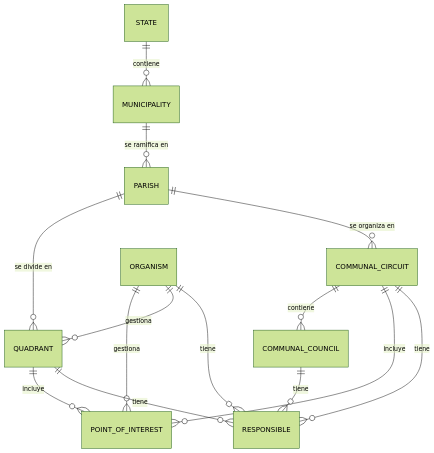
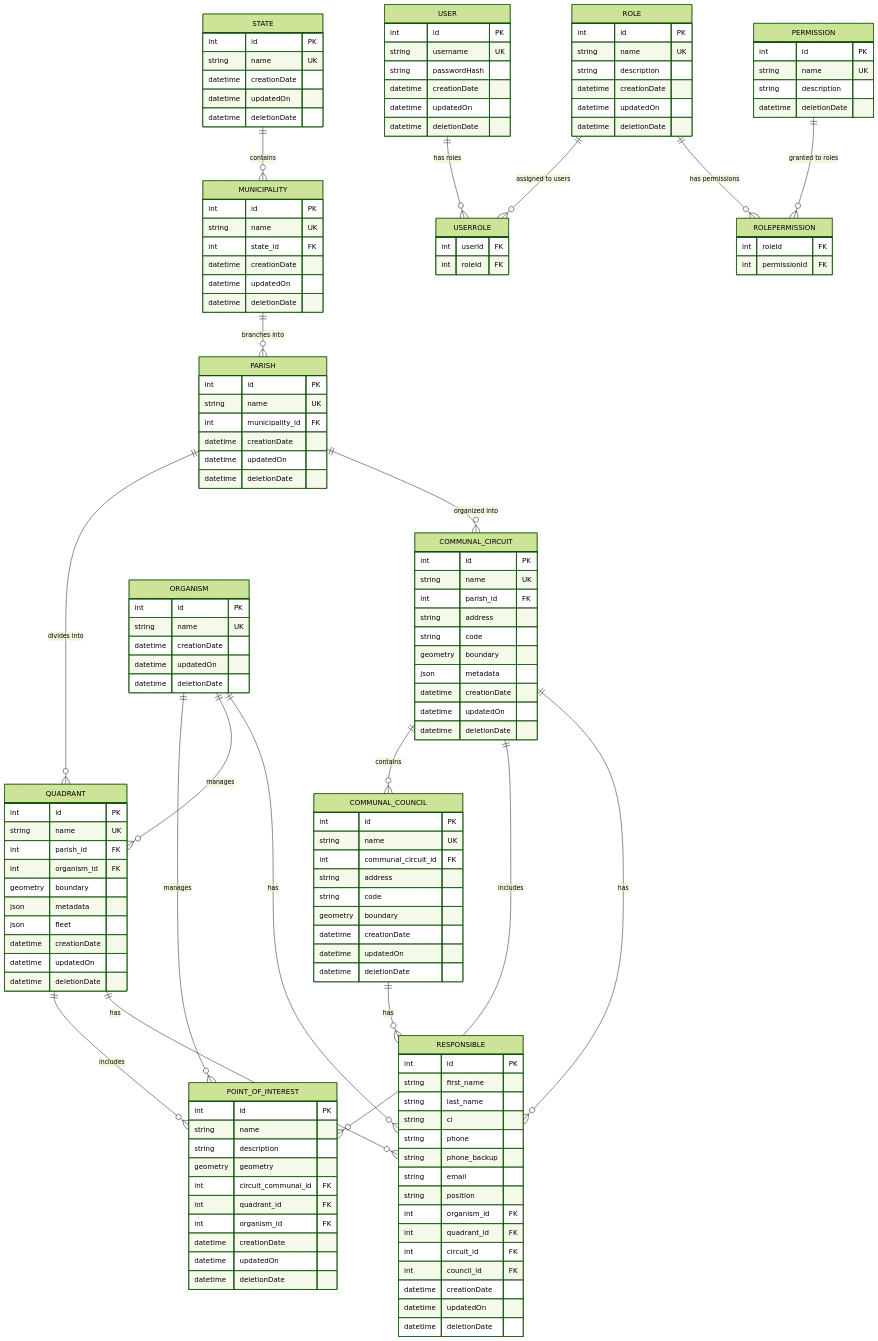
Before and after one commit to GGabrielDev/map-manager: the diagram in backend/README.es.md, drawn with Mermaid (forest theme). The commit also changed other lines of this file and 1 other file, not shown here.

````diff
--- a/backend/README.es.md
+++ b/backend/README.es.md
@@ -296,20 +296,165 @@
 ```mermaid
 erDiagram
-    STATE ||--o{ MUNICIPALITY : "contiene"
-    MUNICIPALITY ||--o{ PARISH : "se ramifica en"
-    PARISH ||--o{ QUADRANT : "se divide en"
-    PARISH ||--o{ COMMUNAL_CIRCUIT : "se organiza en"
-    COMMUNAL_CIRCUIT ||--o{ COMMUNAL_COUNCIL : "contiene"
+    USER {
+        int id PK
+        string username UK
+        string passwordHash
+        datetime creationDate
+        datetime updatedOn
+        datetime deletionDate
+    }
 
-    %% Relaciones de Puntos de Interés
-    QUADRANT ||--o{ POINT_OF_INTEREST : "incluye"
-    COMMUNAL_CIRCUIT ||--o{ POINT_OF_INTEREST : "incluye"
-    ORGANISM ||--o{ POINT_OF_INTEREST : "gestiona"
+    ROLE {
+        int id PK
+        string name UK
+        string description
+        datetime creationDate
+        datetime updatedOn
+        datetime deletionDate
+    }
 
-    %% Relaciones de Organismo y Cuadrante
-    ORGANISM ||--o{ QUADRANT : "gestiona"
-    ORGANISM ||--o{ RESPONSIBLE : "tiene"
-    QUADRANT ||--o{ RESPONSIBLE : "tiene"
-    COMMUNAL_CIRCUIT ||--o{ RESPONSIBLE : "tiene"
-    COMMUNAL_COUNCIL ||--o{ RESPONSIBLE : "tiene"
+    PERMISSION {
+        int id PK
+        string name UK
+        string description
+        datetime deletionDate
+    }
+
+    STATE {
+        int id PK
+        string name UK
+        datetime creationDate
+        datetime updatedOn
+        datetime deletionDate
+    }
+
+    MUNICIPALITY {
+        int id PK
+        string name UK
+        int state_id FK
+        datetime creationDate
+        datetime updatedOn
+        datetime deletionDate
+    }
+
+    PARISH {
+        int id PK
+        string name UK
+        int municipality_id FK
+        datetime creationDate
+        datetime updatedOn
+        datetime deletionDate
+    }
+
+    QUADRANT {
+        int id PK
+        string name UK
+        int parish_id FK
+        int organism_id FK
+        geometry boundary
+        json metadata
+        json fleet
+        datetime creationDate
+        datetime updatedOn
+        datetime deletionDate
+    }
+
+    COMMUNAL_CIRCUIT {
+        int id PK
+        string name UK
+        int parish_id FK
+        string address
+        string code
+        geometry boundary
+        json metadata
+        datetime creationDate
+        datetime updatedOn
+        datetime deletionDate
+    }
+
+    COMMUNAL_COUNCIL {
+        int id PK
+        string name UK
+        int communal_circuit_id FK
+        string address
+        string code
+        geometry boundary
+        datetime creationDate
+        datetime updatedOn
+        datetime deletionDate
+    }
+
+    POINT_OF_INTEREST {
+        int id PK
+        string name
+        string description
+        geometry geometry
+        int circuit_communal_id FK
+        int quadrant_id FK
+        int organism_id FK
+        datetime creationDate
+        datetime updatedOn
+        datetime deletionDate
+    }
+
+    ORGANISM {
+        int id PK
+        string name UK
+        datetime creationDate
+        datetime updatedOn
+        datetime deletionDate
+    }
+
+    RESPONSIBLE {
+        int id PK
+        string first_name
+        string last_name
+        string ci
+        string phone
+        string phone_backup
+        string email
+        string position
+        int organism_id FK
+        int quadrant_id FK
+        int circuit_id FK
+        int council_id FK
+        datetime creationDate
+        datetime updatedOn
+        datetime deletionDate
+    }
+
+    USERROLE {
+        int userId FK
+        int roleId FK
+    }
+
+    ROLEPERMISSION {
+        int roleId FK
+        int permissionId FK
+    }
+
+    %% Many-to-Many Relationships
+    USER ||--o{ USERROLE : "has roles"
+    ROLE ||--o{ USERROLE : "assigned to users"
+    ROLE ||--o{ ROLEPERMISSION : "has permissions"
+    PERMISSION ||--o{ ROLEPERMISSION : "granted to roles"
+
+    %% Geographical Hierarchy
+    STATE ||--o{ MUNICIPALITY : "contains"
+    MUNICIPALITY ||--o{ PARISH : "branches into"
+    PARISH ||--o{ QUADRANT : "divides into"
+    PARISH ||--o{ COMMUNAL_CIRCUIT : "organized into"
+    COMMUNAL_CIRCUIT ||--o{ COMMUNAL_COUNCIL : "contains"
+
+    %% Points of Interest Relationships
+    QUADRANT ||--o{ POINT_OF_INTEREST : "includes"
+    COMMUNAL_CIRCUIT ||--o{ POINT_OF_INTEREST : "includes"
+    ORGANISM ||--o{ POINT_OF_INTEREST : "manages"
+
+    %% Organism and Quadrant Relationships
+    ORGANISM ||--o{ QUADRANT : "manages"
+    ORGANISM ||--o{ RESPONSIBLE : "has"
+    QUADRANT ||--o{ RESPONSIBLE : "has"
+    COMMUNAL_CIRCUIT ||--o{ RESPONSIBLE : "has"
+    COMMUNAL_COUNCIL ||--o{ RESPONSIBLE : "has"
 ```
````
